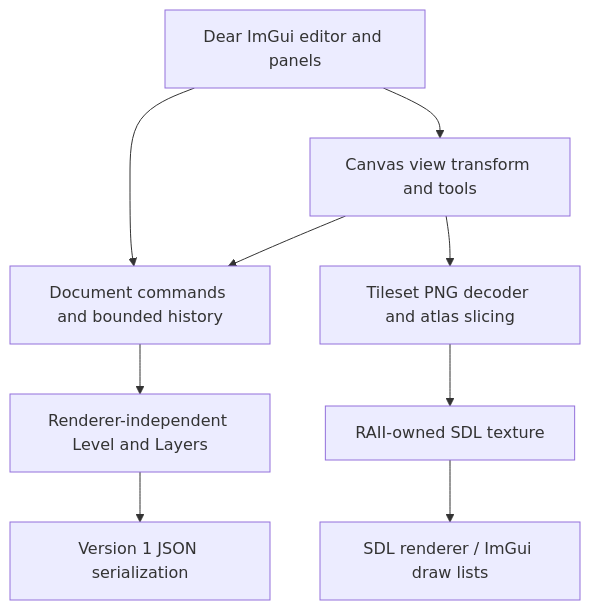
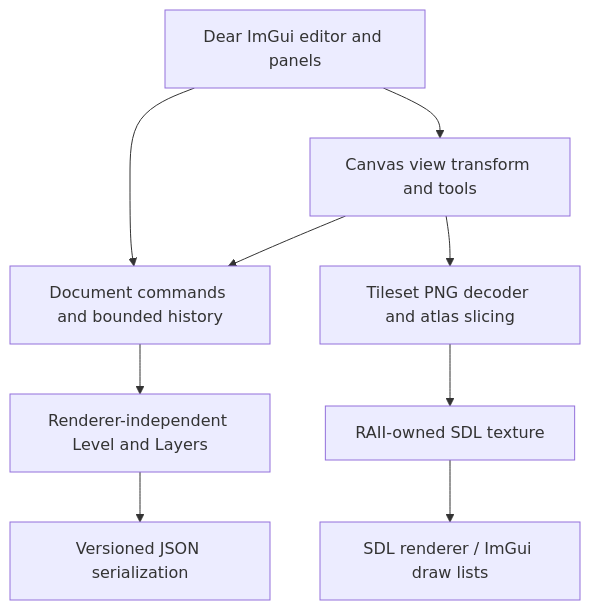
One commit to badmrfrosty313/PixelForge changed the diagram in README.md. Above: the diagram before and after it, drawn with Mermaid. The commit also changed other lines of this file and 12 other files, not shown here.

````diff
--- a/README.md
+++ b/README.md
@@ -70,11 +72,11 @@
 ```mermaid
 flowchart TD
     UI[Dear ImGui editor and panels] --> DOC[Document commands and bounded history]
     DOC --> LEVEL[Renderer-independent Level and Layers]
-    LEVEL --> JSON[Version 1 JSON serialization]
+    LEVEL --> JSON[Versioned JSON serialization]
     UI --> CANVAS[Canvas view transform and tools]
     CANVAS --> DOC
     CANVAS --> ATLAS[Tileset PNG decoder and atlas slicing]
     ATLAS --> TEX[RAII-owned SDL texture]
     TEX --> DRAW[SDL renderer / ImGui draw lists]
 ```
````
